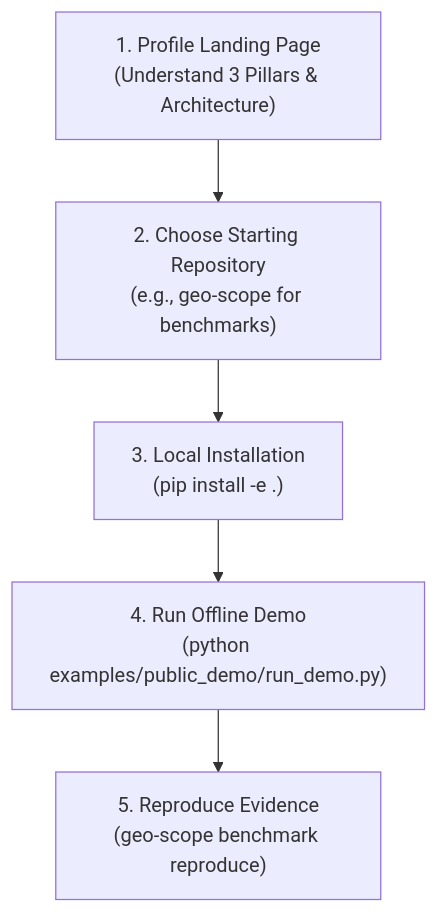
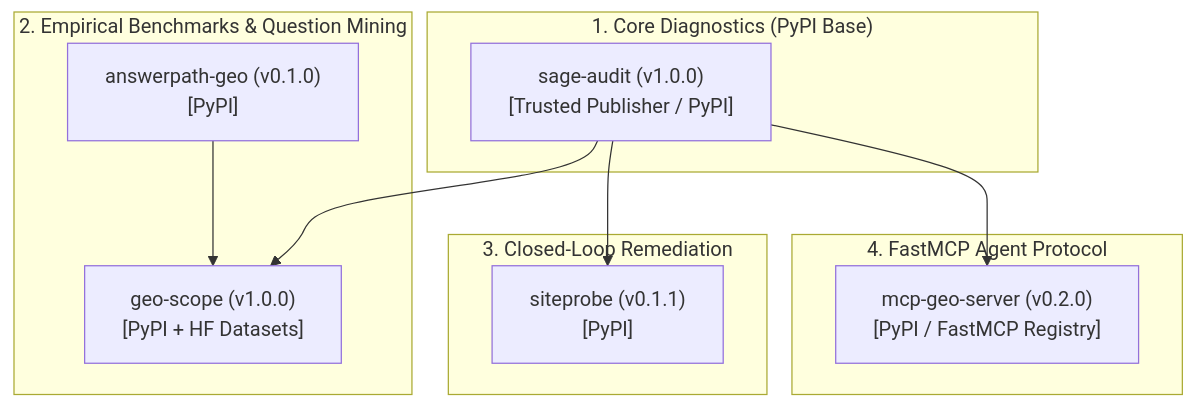
Before and after one commit to tmolavi/geo-scope: the diagram in docs/DISTRIBUTION_READINESS_REPORT.md, drawn with Mermaid. The commit also changed other lines of this file, not shown here.

Commit message:
docs: finalize distribution readiness audit report across all 15 repositories

````diff
--- a/docs/DISTRIBUTION_READINESS_REPORT.md
+++ b/docs/DISTRIBUTION_READINESS_REPORT.md
@@ -39,8 +60,24 @@
 ```mermaid
 flowchart TD
-    A["1. Profile Landing Page\n(Understand 3 Pillars & Architecture)"]
-    --> B["2. Choose Starting Repository\n(e.g., geo-scope for benchmarks)"]
-    --> C["3. Local Installation\n(pip install -e .)"]
-    --> D["4. Run Offline Demo\n(python examples/public_demo/run_demo.py)"]
-    --> E["5. Reproduce Evidence\n(geo-scope benchmark reproduce)"]
+    subgraph Step1 ["1. Core Diagnostics (PyPI Base)"]
+        SA["sage-audit (v1.0.0)\n[Trusted Publisher / PyPI]"]
+    end
+
+    subgraph Step2 ["2. Empirical Benchmarks & Question Mining"]
+        GS["geo-scope (v1.0.0)\n[PyPI + HF Datasets]"]
+        AP["answerpath-geo (v0.1.0)\n[PyPI]"]
+    end
+
+    subgraph Step3 ["3. Closed-Loop Remediation"]
+        SP["siteprobe (v0.1.1)\n[PyPI]"]
+    end
+
+    subgraph Step4 ["4. FastMCP Agent Protocol"]
+        MCP["mcp-geo-server (v0.2.0)\n[PyPI / FastMCP Registry]"]
+    end
+
+    SA --> GS
+    SA --> SP
+    SA --> MCP
+    AP --> GS
 ```
````
